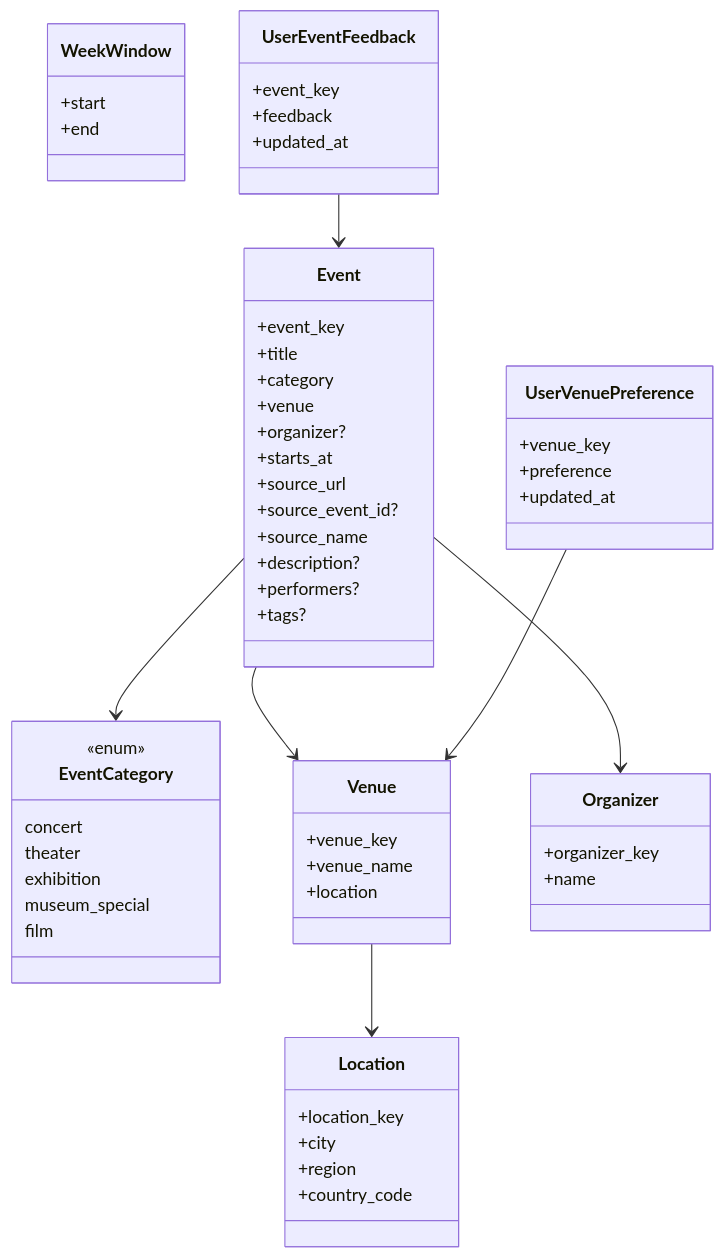
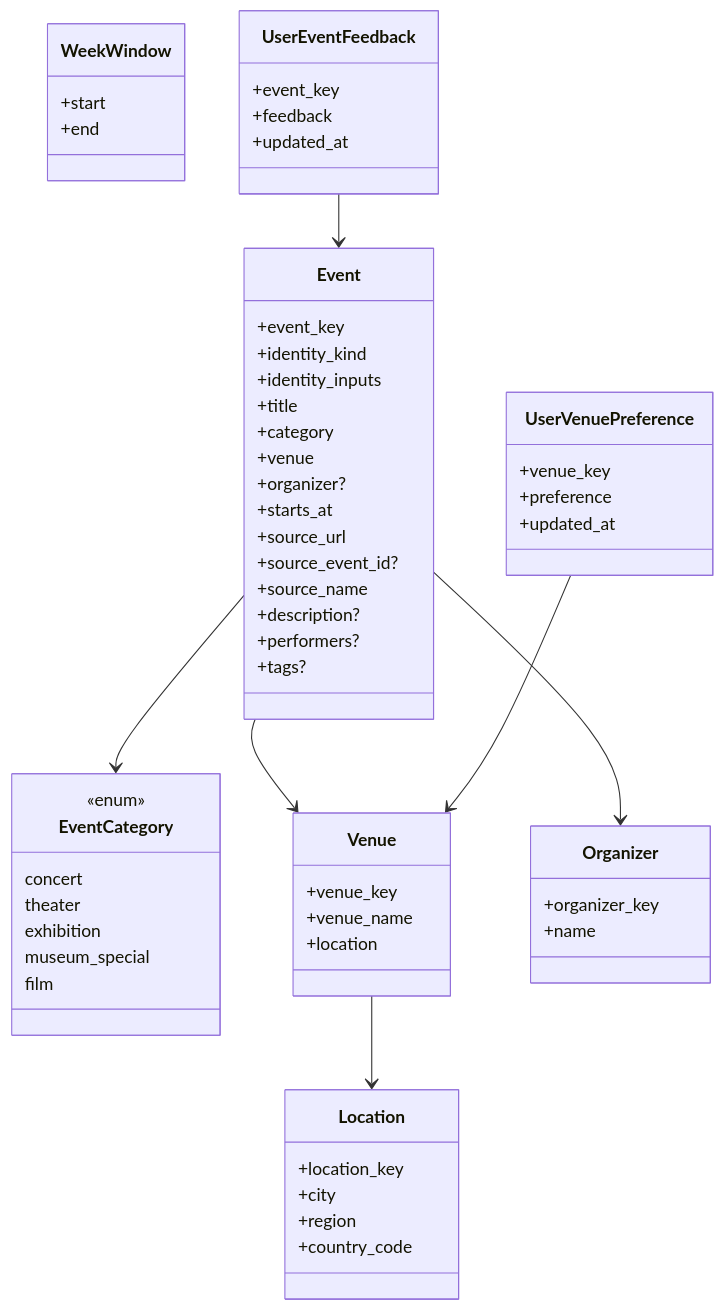
Before and after one commit to igramberg/events: the second of 2 diagrams in docs/t2-domain-model.md, drawn with Mermaid. The commit also changed other lines of this file and 1 other file, not shown here.

Commit message:
Lock T2 identity design and architecture doc

````diff
--- a/docs/t2-domain-model.md
+++ b/docs/t2-domain-model.md
@@ -216,68 +296,70 @@
 ```mermaid
 classDiagram
     class Event {
         +event_key
+        +identity_kind
+        +identity_inputs
         +title
         +category
         +venue
         +organizer?
         +starts_at
         +source_url
         +source_event_id?
         +source_name
         +description?
         +performers?
         +tags?
     }
 
     class EventCategory {
         <<enum>>
         concert
         theater
         exhibition
         museum_special
         film
     }
 
     class Location {
         +location_key
         +city
         +region
         +country_code
     }
 
     class Venue {
         +venue_key
         +venue_name
         +location
     }
 
     class Organizer {
         +organizer_key
         +name
     }
 
     class WeekWindow {
         +start
         +end
     }
 
     class UserEventFeedback {
         +event_key
         +feedback
         +updated_at
     }
 
     class UserVenuePreference {
         +venue_key
         +preference
         +updated_at
     }
 
     Event --> EventCategory
     Event --> Venue
     Event --> Organizer
     Venue --> Location
     UserEventFeedback --> Event
     UserVenuePreference --> Venue
 ```
````
